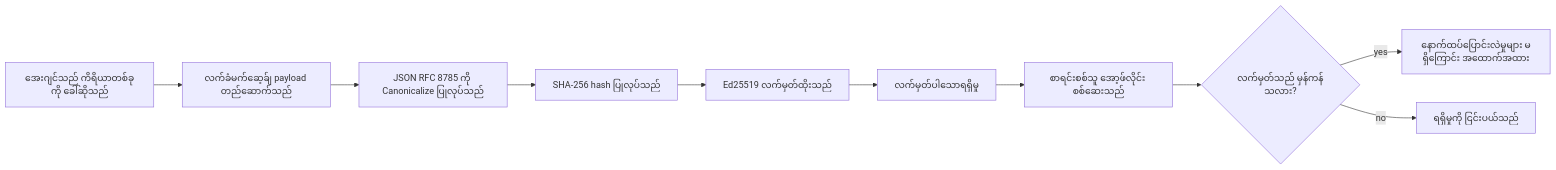
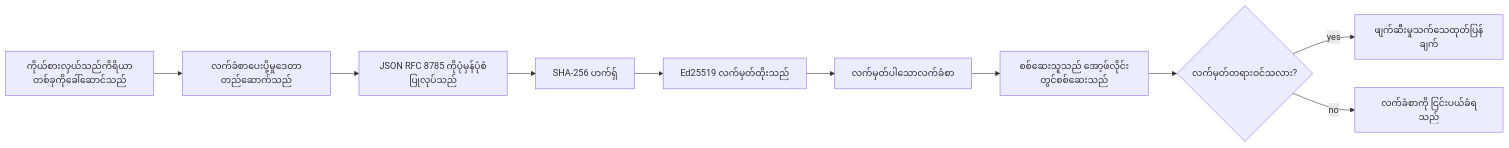
One commit to microsoft/ai-agents-for-beginners changed the first of 2 diagrams in translations/my/18-securing-ai-agents/README.md. Above: the diagram before and after it, drawn with Mermaid. The commit also changed other lines of this file and 225 other files, not shown here.

````diff
--- a/translations/my/18-securing-ai-agents/README.md
+++ b/translations/my/18-securing-ai-agents/README.md
@@ -51,12 +51,12 @@
 ```mermaid
 flowchart LR
-    A[အေးဂျင်သည် ကိရိယာတစ်ခုကို ခေါ်ဆိုသည်] --> B[လက်ခံမက်ဆေ့ခ်ျ payload တည်ဆောက်သည်]
-    B --> C[JSON RFC 8785 ကို Canonicalize ပြုလုပ်သည်]
-    C --> D[SHA-256 hash ပြုလုပ်သည်]
+    A[ကိုယ်စားလှယ်သည်ကိရိယာတစ်ခုကိုခေါ်ဆောင်သည်] --> B[လက်ခံစာပေးပို့မှုဒေတာတည်ဆောက်သည်]
+    B --> C[JSON RFC 8785 ကိုပုံမှန်ပုံစံပြုလုပ်သည်]
+    C --> D[SHA-256 ဟက်ရှ်]
     D --> E[Ed25519 လက်မှတ်ထိုးသည်]
-    E --> F[လက်မှတ်ပါသောရရှိမှု]
-    F --> G[စာရင်းစစ်သူ အော့ဖ်လိုင်း စစ်ဆေးသည်]
-    G --> H{လက်မှတ်သည် မှန်ကန်သလား?}
-    H -- yes --> I[နောက်ထပ်ပြောင်းလဲမှုများ မရှိကြောင်း အထောက်အထား]
-    H -- no --> J[ရရှိမှုကို ငြင်းပယ်သည်]
+    E --> F[လက်မှတ်ပါသောလက်ခံစာ]
+    F --> G[စစ်ဆေးသူသည် အော့ဖ်လိုင်းတွင်စစ်ဆေးသည်]
+    G --> H{လက်မှတ်တရားဝင်သလား?}
+    H -- yes --> I[ဖျက်ဆီးမှုသက်သေထုတ်ပြန်ချက်]
+    H -- no --> J[လက်ခံစာကို ငြင်းပယ်ခံရသည်]
 ```
````
